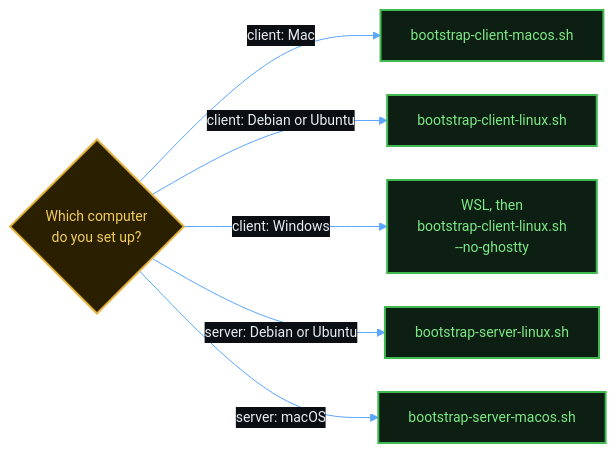
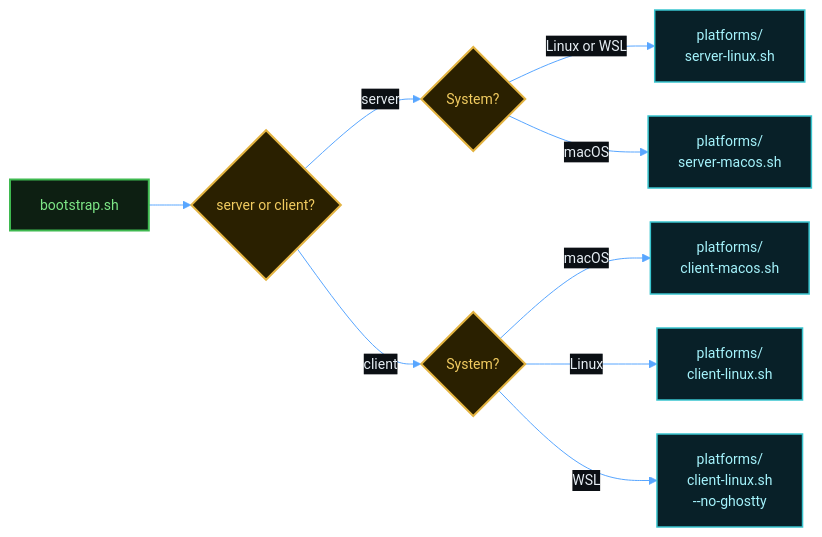
Before and after one commit to MussaCharles/herdspace: the second of 2 diagrams in README.md, drawn with Mermaid. The commit also changed other lines of this file and 7 other files, not shown here.

````diff
--- a/README.md
+++ b/README.md
@@ -46,23 +72,25 @@
 ```mermaid
 %%{init: {'theme': 'base', 'themeVariables': {
   'fontFamily': 'Menlo, Consolas, Courier New, monospace', 'fontSize': '14px',
   'primaryColor': '#0d1117', 'primaryTextColor': '#e6edf3', 'primaryBorderColor': '#3fb950',
   'textColor': '#e6edf3', 'lineColor': '#58a6ff', 'secondaryColor': '#161b22', 'tertiaryColor': '#0d1117',
   'edgeLabelBackground': '#0b0f14', 'clusterBkg': '#0b0f14', 'clusterBorder': '#30363d', 'titleColor': '#d2a8ff',
   'actorBkg': '#0d1f12', 'actorBorder': '#3fb950', 'actorTextColor': '#7ee787', 'actorLineColor': '#30363d',
   'signalColor': '#58a6ff', 'signalTextColor': '#e6edf3', 'sequenceNumberColor': '#0b0f14'
 }, 'flowchart': {'curve': 'basis', 'nodeSpacing': 34, 'rankSpacing': 42, 'wrappingWidth': 340}}}%%
 flowchart LR
   classDef cmd fill:#0d1f12,stroke:#3fb950,stroke-width:2px,color:#7ee787
   classDef step fill:#0d1117,stroke:#58a6ff,stroke-width:1.5px,color:#c9e1ff
   classDef ask fill:#2a2000,stroke:#e3b341,stroke-width:2px,color:#f2cc60
   classDef host fill:#1a0f24,stroke:#bc8cff,stroke-width:2px,color:#d2a8ff
   classDef data fill:#082028,stroke:#39c5cf,stroke-width:1.5px,color:#a5f3fc
   classDef stop fill:#2a0f12,stroke:#ff7b72,stroke-width:2px,color:#ffa198
-  start{"Which computer<br/>do you set up?"}:::ask
-  start -- " client: Mac " --> c1["bootstrap-client-macos.sh"]:::cmd
-  start -- " client: Debian or Ubuntu " --> c2["bootstrap-client-linux.sh"]:::cmd
-  start -- " client: Windows " --> c3["WSL, then<br/>bootstrap-client-linux.sh<br/>--no-ghostty"]:::cmd
-  start -- " server: Debian or Ubuntu " --> s1["bootstrap-server-linux.sh"]:::cmd
-  start -- " server: macOS " --> s2["bootstrap-server-macos.sh"]:::cmd
+  run["bootstrap.sh"]:::cmd --> role{"server or client?"}:::ask
+  role -- " server " --> sos{"System?"}:::ask
+  role -- " client " --> cos{"System?"}:::ask
+  sos -- " Linux or WSL " --> s1["platforms/<br/>server-linux.sh"]:::data
+  sos -- " macOS " --> s2["platforms/<br/>server-macos.sh"]:::data
+  cos -- " macOS " --> c1["platforms/<br/>client-macos.sh"]:::data
+  cos -- " Linux " --> c2["platforms/<br/>client-linux.sh"]:::data
+  cos -- " WSL " --> c3["platforms/<br/>client-linux.sh<br/>--no-ghostty"]:::data
 ```
````
